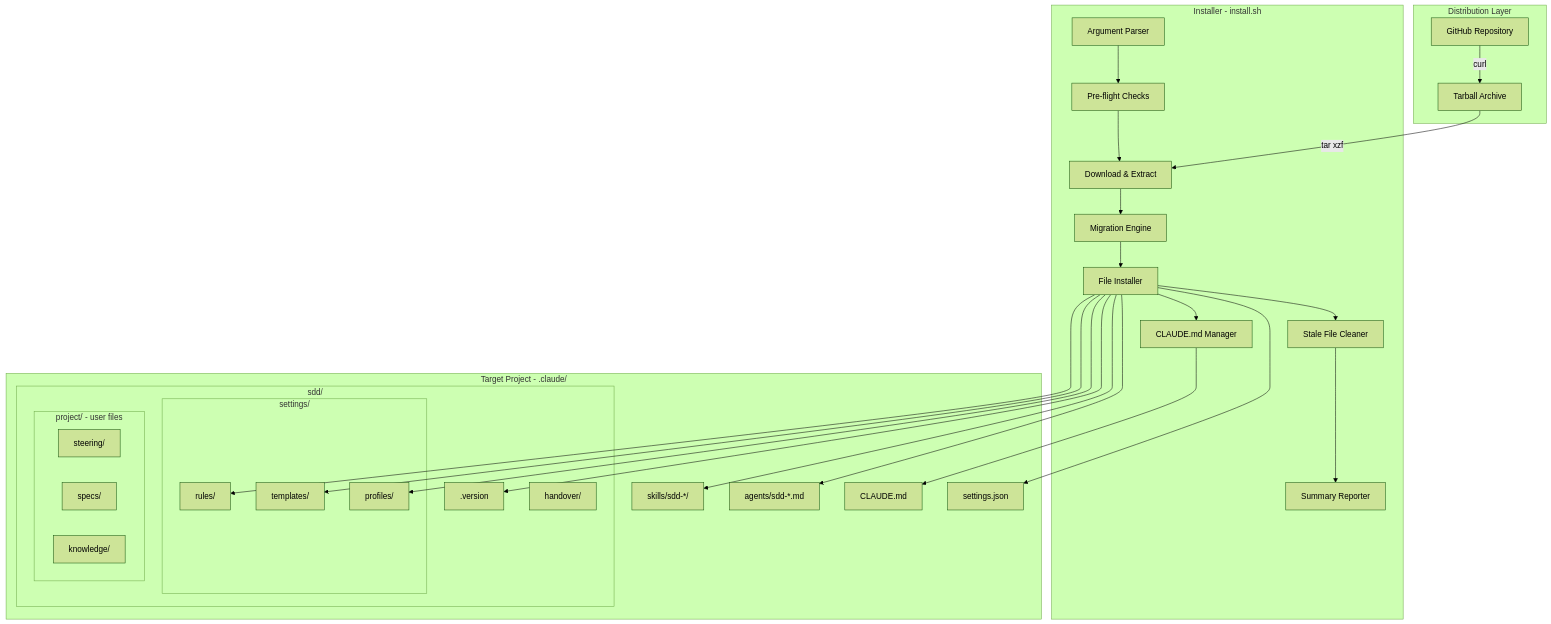
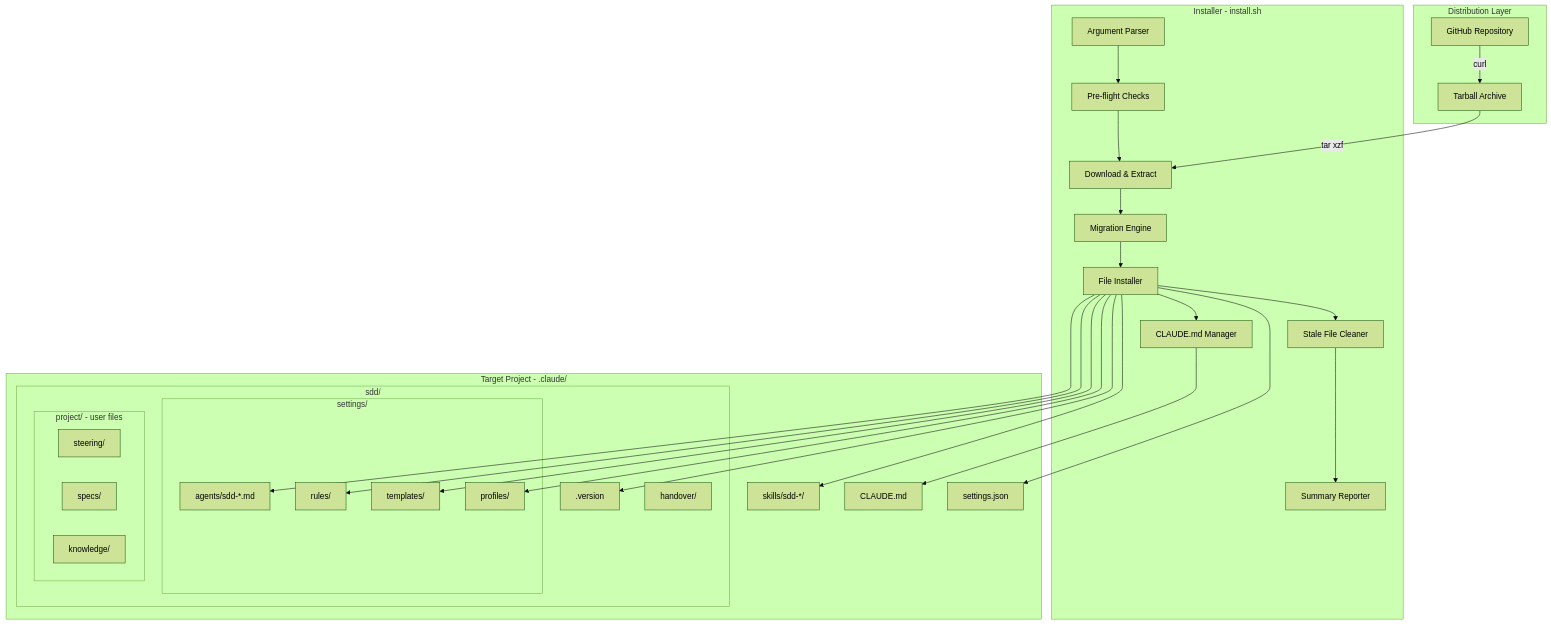
One commit to sync-dev-org/sync-sdd changed the first of 4 diagrams in .claude/sdd/project/specs/installer/design.md. Above: the diagram before and after it, drawn with Mermaid (forest theme). The commit also changed other lines of this file and 32 other files, not shown here.

````diff
--- a/.claude/sdd/project/specs/installer/design.md
+++ b/.claude/sdd/project/specs/installer/design.md
@@ -186,52 +200,52 @@
 ```mermaid
 graph TB
     subgraph "Distribution Layer"
         GH[GitHub Repository]
         TB[Tarball Archive]
     end
 
     subgraph "Installer - install.sh"
         ARG[Argument Parser]
         PRE[Pre-flight Checks]
         DL[Download & Extract]
         MIG[Migration Engine]
         FI[File Installer]
         CMD[CLAUDE.md Manager]
         STL[Stale File Cleaner]
         SUM[Summary Reporter]
     end
 
     subgraph "Target Project - .claude/"
         SK[skills/sdd-*/]
-        AG[agents/sdd-*.md]
         CM[CLAUDE.md]
         SJ[settings.json]
         subgraph "sdd/"
             VER[.version]
             subgraph "settings/"
+                AG[agents/sdd-*.md]
                 RU[rules/]
                 TM[templates/]
                 PR[profiles/]
             end
             subgraph "project/ - user files"
                 ST[steering/]
                 SP[specs/]
                 KN[knowledge/]
             end
             HO[handover/]
         end
     end
 
     GH -->|curl| TB
     TB -->|tar xzf| DL
     ARG --> PRE
     PRE --> DL
     DL --> MIG
     MIG --> FI
     FI --> SK & AG & RU & TM & PR & VER
     FI --> CMD
     CMD --> CM
     FI --> SJ
     FI --> STL
     STL --> SUM
 ```
````
